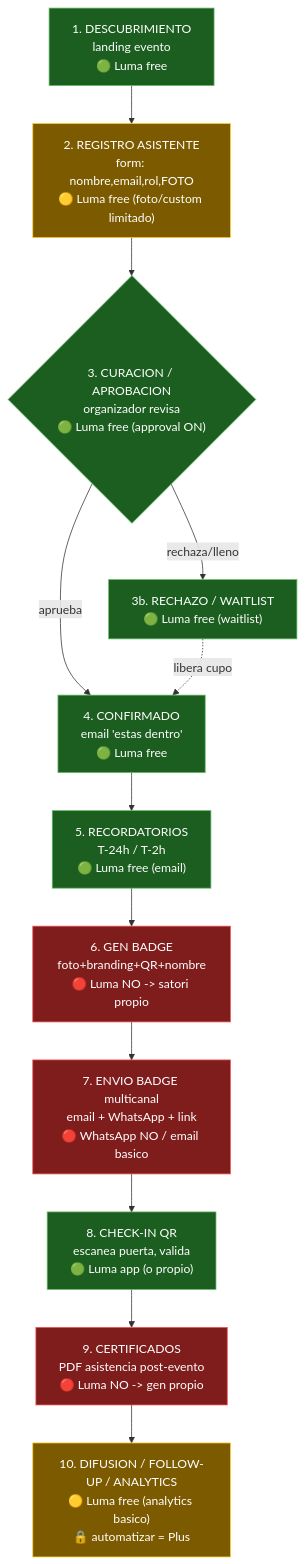
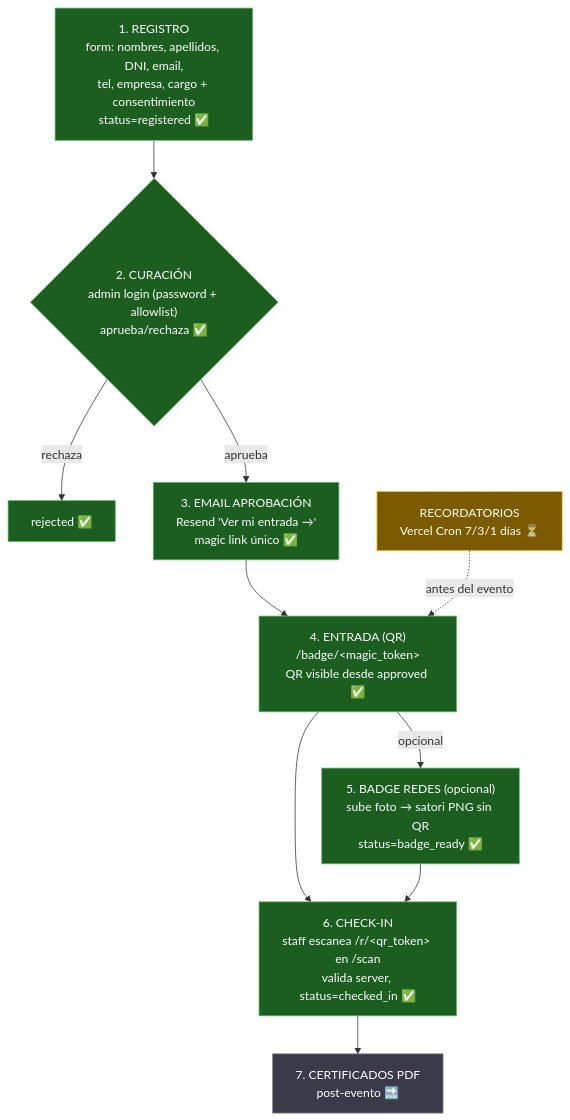
Before and after one commit to StephCastrof001/eventos_v1: the diagram in JOURNEY.md, drawn with Mermaid. The commit also changed other lines of this file and 8 other files, not shown here.

First line of the commit message:
S-A: entrada QR desde aprobación + foto opcional + fix check-in (#27)

````diff
--- a/JOURNEY.md
+++ b/JOURNEY.md
@@ -16,24 +15,26 @@
 ```mermaid
 flowchart TD
-    A["1. DESCUBRIMIENTO<br/>landing evento<br/>🟢 Luma free"]:::luma
-    B["2. REGISTRO ASISTENTE<br/>form: nombre,email,rol,FOTO<br/>🟡 Luma free (foto/custom limitado)"]:::partial
-    C{"3. CURACION / APROBACION<br/>organizador revisa<br/>🟢 Luma free (approval ON)"}:::luma
-    D["3b. RECHAZO / WAITLIST<br/>🟢 Luma free (waitlist)"]:::luma
-    E["4. CONFIRMADO<br/>email 'estas dentro'<br/>🟢 Luma free"]:::luma
-    F["5. RECORDATORIOS<br/>T-24h / T-2h<br/>🟢 Luma free (email)"]:::luma
-    G["6. GEN BADGE<br/>foto+branding+QR+nombre<br/>🔴 Luma NO -> satori propio"]:::nope
-    H["7. ENVIO BADGE multicanal<br/>email + WhatsApp + link<br/>🔴 WhatsApp NO / email basico"]:::nope
-    I["8. CHECK-IN QR<br/>escanea puerta, valida<br/>🟢 Luma app (o propio)"]:::luma
-    J["9. CERTIFICADOS<br/>PDF asistencia post-evento<br/>🔴 Luma NO -> gen propio"]:::nope
-    K["10. DIFUSION / FOLLOW-UP / ANALYTICS<br/>🟡 Luma free (analytics basico)<br/>🔒 automatizar = Plus"]:::partial
+    A["1. REGISTRO<br/>form: nombres, apellidos, DNI, email,<br/>tel, empresa, cargo + consentimiento<br/>status=registered ✅"]:::ok
+    B{"2. CURACIÓN<br/>admin login (password + allowlist)<br/>aprueba/rechaza ✅"}:::ok
+    R["rejected ✅"]:::ok
+    C["3. EMAIL APROBACIÓN<br/>Resend 'Ver mi entrada →'<br/>magic link único ✅"]:::ok
+    D["4. ENTRADA (QR)<br/>/badge/&lt;magic_token&gt;<br/>QR visible desde approved ✅"]:::ok
+    E["5. BADGE REDES (opcional)<br/>sube foto → satori PNG sin QR<br/>status=badge_ready ✅"]:::ok
+    G["6. CHECK-IN<br/>staff escanea /r/&lt;qr_token&gt; en /scan<br/>valida server, status=checked_in ✅"]:::ok
+    F["RECORDATORIOS<br/>Vercel Cron 7/3/1 días ⏳"]:::pend
+    J["7. CERTIFICADOS PDF<br/>post-evento 🔜"]:::fut
 
-    A --> B --> C
-    C -->|aprueba| E
-    C -->|rechaza/lleno| D
-    E --> F --> G --> H --> I --> J --> K
-    D -.->|libera cupo| E
+    A --> B
+    B -->|aprueba| C
+    B -->|rechaza| R
+    C --> D
+    D -->|opcional| E
+    D --> G
+    E --> G
+    F -.->|antes del evento| D
+    G --> J
 
-    classDef luma fill:#1b5e20,stroke:#66bb6a,color:#fff;
-    classDef partial fill:#7c5b00,stroke:#ffca28,color:#fff;
-    classDef nope fill:#7f1d1d,stroke:#ef5350,color:#fff;
+    classDef ok fill:#1b5e20,stroke:#66bb6a,color:#fff;
+    classDef pend fill:#7c5b00,stroke:#ffca28,color:#fff;
+    classDef fut fill:#3a3a4a,stroke:#888,color:#fff;
 ```
````
